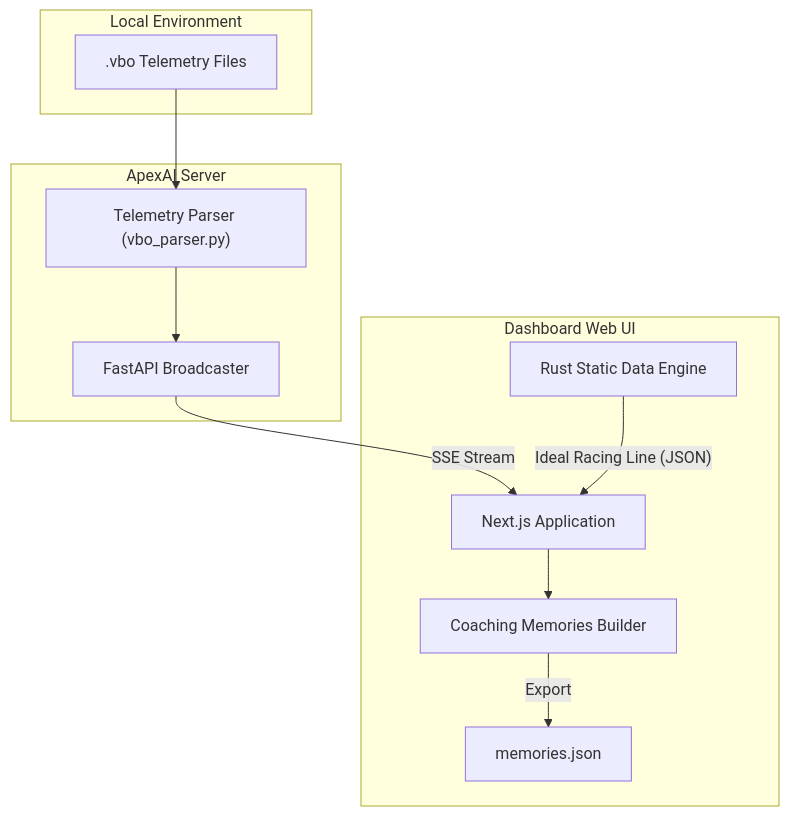
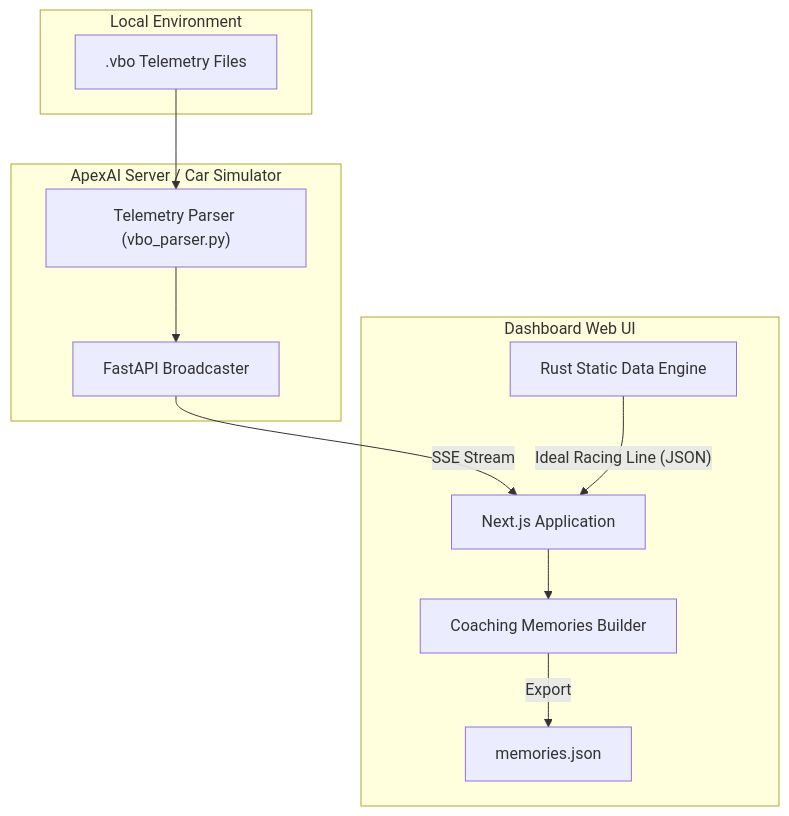
The first of 3 diagrams in walkthrough.md (haruiz/apexai), drawn with Mermaid before and after one commit. The commit also changed other lines of this file, not shown here.

Commit message:
Update diagram to reflect ApexAI as Car Simulator and add Future Improvements section

````diff
--- a/walkthrough.md
+++ b/walkthrough.md
@@ -16,24 +16,24 @@
 ```mermaid
 graph TD
     subgraph Local Environment
         VBO[".vbo Telemetry Files"]
     end
 
-    subgraph Backend [ApexAI Server]
+    subgraph Backend [ApexAI Server / Car Simulator]
         Parser["Telemetry Parser (vbo_parser.py)"]
         Streamer["FastAPI Broadcaster"]
         VBO --> Parser
         Parser --> Streamer
     end
 
     subgraph WebUI [Dashboard Web UI]
         Rust["Rust Static Data Engine"]
         Next["Next.js Application"]
         Memories["Coaching Memories Builder"]
         
         Streamer -- "SSE Stream" --> Next
         Rust -- "Ideal Racing Line (JSON)" --> Next
         Next --> Memories
         Memories -- "Export" --> JSON["memories.json"]
     end
 ```
````
